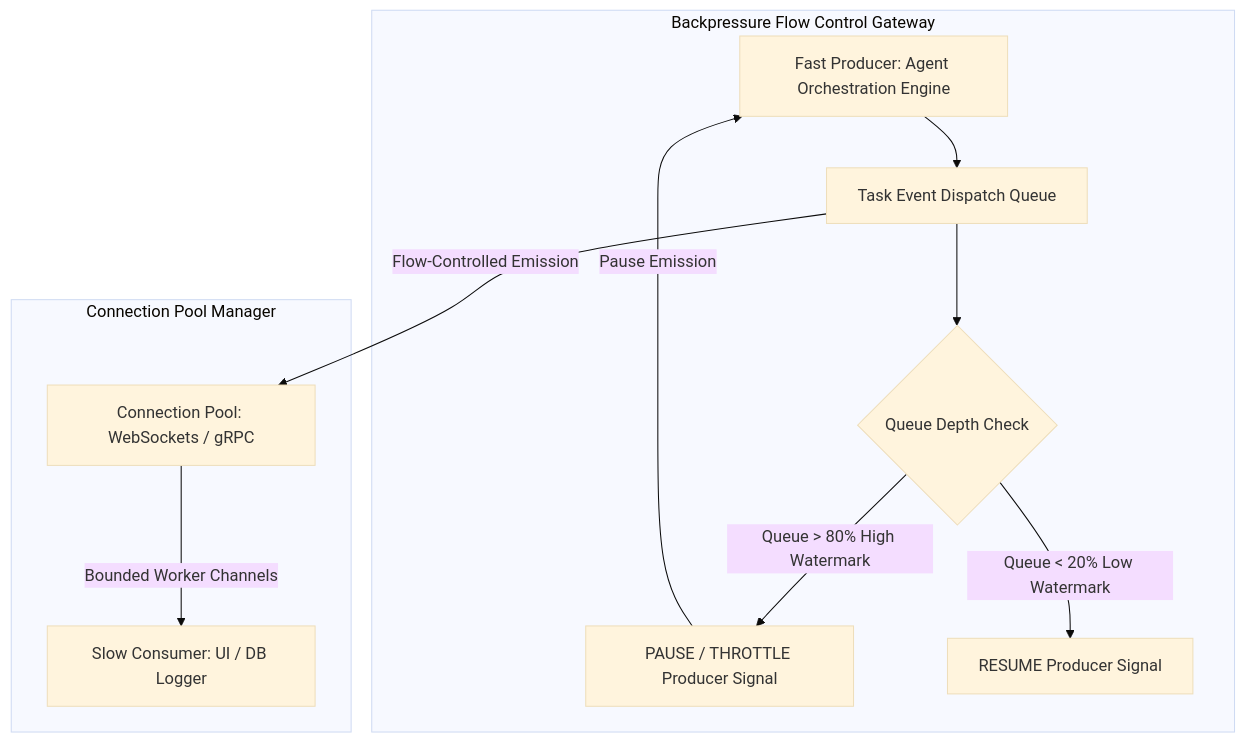
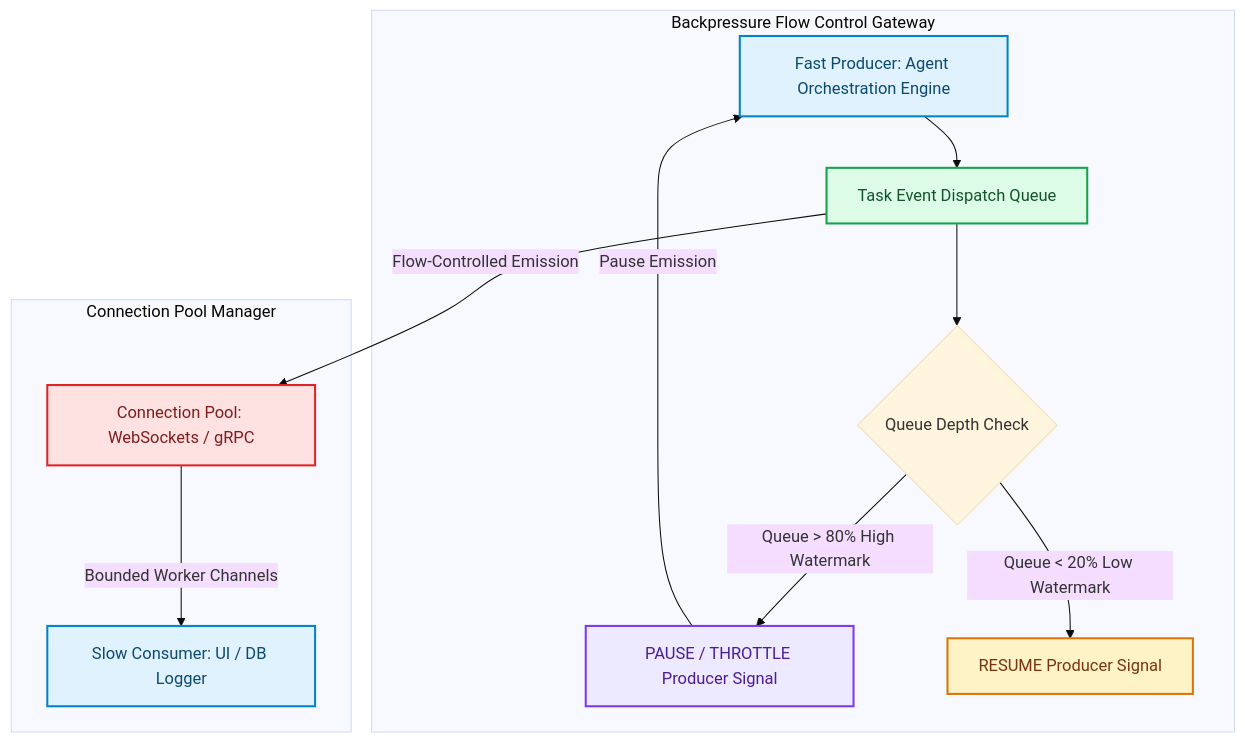
One commit to akmalkhaniub/akmalkhaniub.github.io changed the diagram in blog/posts/backpressure-control-connection-pool-management-agent-swarms.md. Above: the diagram before and after it, drawn with Mermaid (base theme). The commit also changed other lines of this file and 1291 other files, not shown here.

First line of the commit message:
feat(catalog): unique covers, scholarly references, and diagram palettes

````diff
--- a/blog/posts/backpressure-control-connection-pool-management-agent-swarms.md
+++ b/blog/posts/backpressure-control-connection-pool-management-agent-swarms.md
@@ -17,16 +17,27 @@
 ```mermaid
 flowchart TD
-  A[Fast Producer: Agent Orchestration Engine] --> B[Task Event Dispatch Queue]
+  A["Fast Producer: Agent Orchestration Engine"] --> B["Task Event Dispatch Queue"]
   
   subgraph SG1_BackpressureFlowControl ["Backpressure Flow Control Gateway"]
     B --> C{Queue Depth Check}
-    C -->|Queue > 80% High Watermark| D[PAUSE / THROTTLE Producer Signal]
-    C -->|Queue < 20% Low Watermark| E[RESUME Producer Signal]
+    C -->|Queue > 80% High Watermark| D["PAUSE / THROTTLE Producer Signal"]
+    C -->|Queue < 20% Low Watermark| E["RESUME Producer Signal"]
     D -->|Pause Emission| A
   end
   
   subgraph SG2_ConnectionPoolManager ["Connection Pool Manager"]
-    B -->|Flow-Controlled Emission| F[Connection Pool: WebSockets / gRPC]
-    F -->|Bounded Worker Channels| G[Slow Consumer: UI / DB Logger]
+    B -->|Flow-Controlled Emission| F["Connection Pool: WebSockets / gRPC"]
+    F -->|Bounded Worker Channels| G["Slow Consumer: UI / DB Logger"]
   end
+
+classDef green fill:#dcfce7,stroke:#16a34a,stroke-width:2px,color:#14532d;
+classDef red fill:#fee2e2,stroke:#dc2626,stroke-width:2px,color:#7f1d1d;
+classDef blue fill:#e0f2fe,stroke:#0284c7,stroke-width:2px,color:#0c4a6e;
+classDef yellow fill:#fef3c7,stroke:#d97706,stroke-width:2px,color:#78350f;
+classDef purple fill:#ede9fe,stroke:#7c3aed,stroke-width:2px,color:#4c1d95;
+class A,G blue
+class B green
+class D purple
+class E yellow
+class F red
 ```
````
